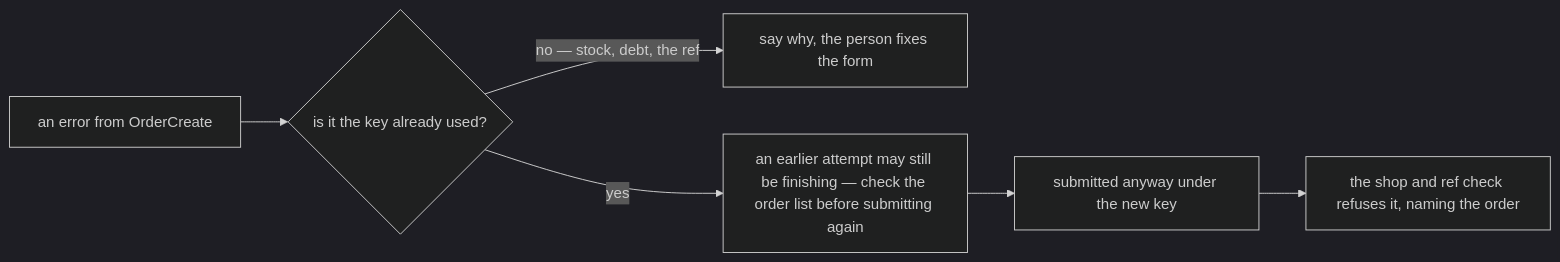
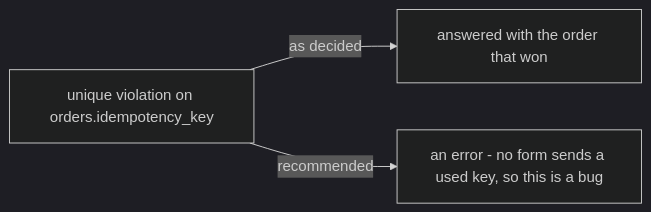
The fourth of 5 diagrams in docs/business/order/order_creation_clarify.md (pdcgo/warehouse_revamp), drawn with Mermaid (dark theme) before and after one commit. The commit also changed other lines of this file and 13 other files, not shown here.

First line of the commit message:
docs(order,inventory): the stock take's checks, one key per submit, a duplicate ref warned, both teams named

````diff
--- a/docs/business/order/order_creation_clarify.md
+++ b/docs/business/order/order_creation_clarify.md
@@ -85,8 +206,5 @@
 ```mermaid
 flowchart LR
-  E["an error from OrderCreate"] --> Q{"is it the key already used?"}
-  Q -->|"no — stock, debt, the ref"| M1["say why, the person fixes the form"]
-  Q -->|"yes"| M2["an earlier attempt may still be finishing — check the order list before submitting again"]
-  M2 --> S["submitted anyway under the new key"]
-  S --> R["the shop and ref check refuses it, naming the order"]
+  V["unique violation on orders.idempotency_key"] -->|"as decided"| W["answered with the order that won"]
+  V -->|"recommended"| E["an error - no form sends a used key, so this is a bug"]
 ```
````
